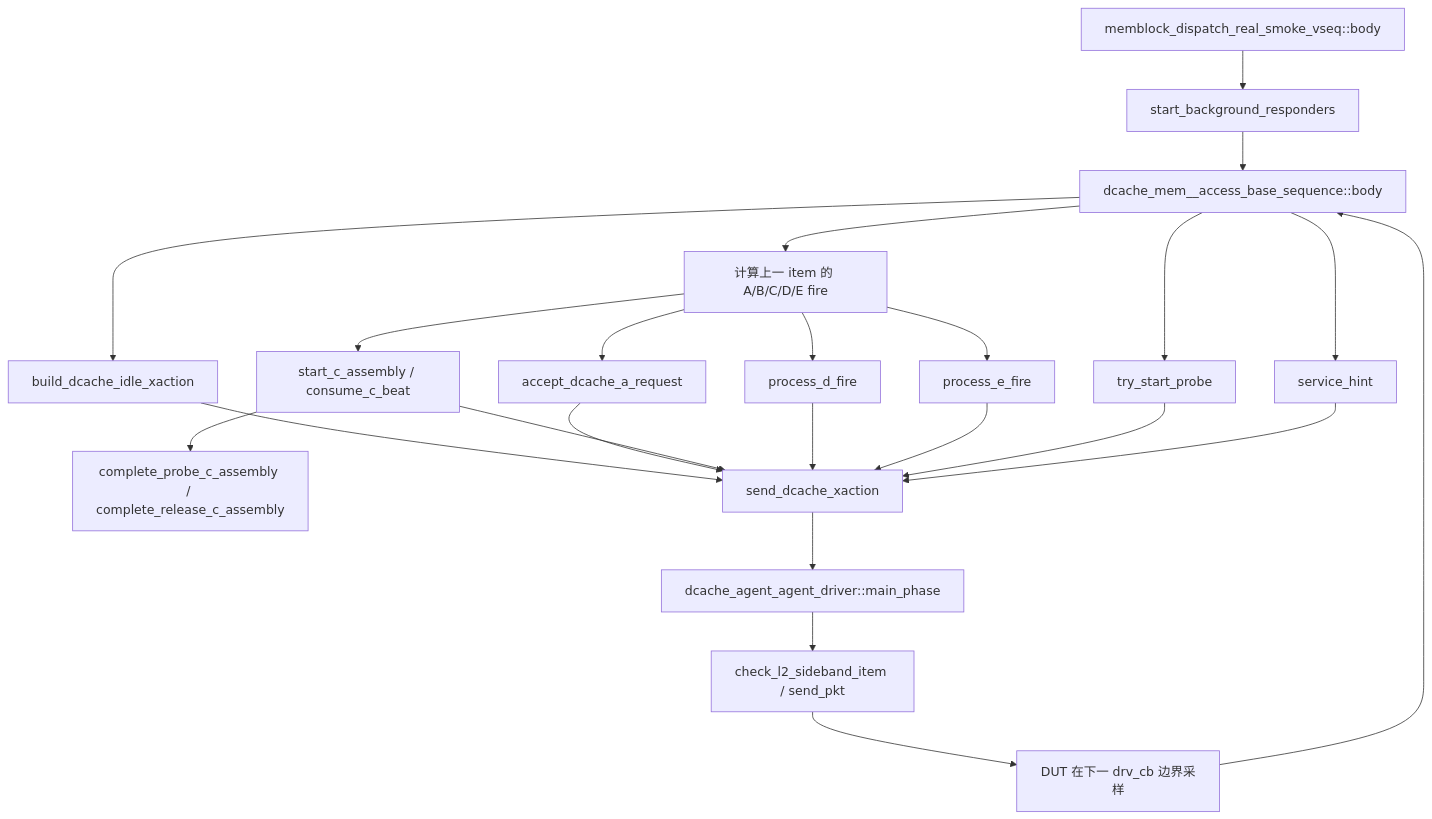
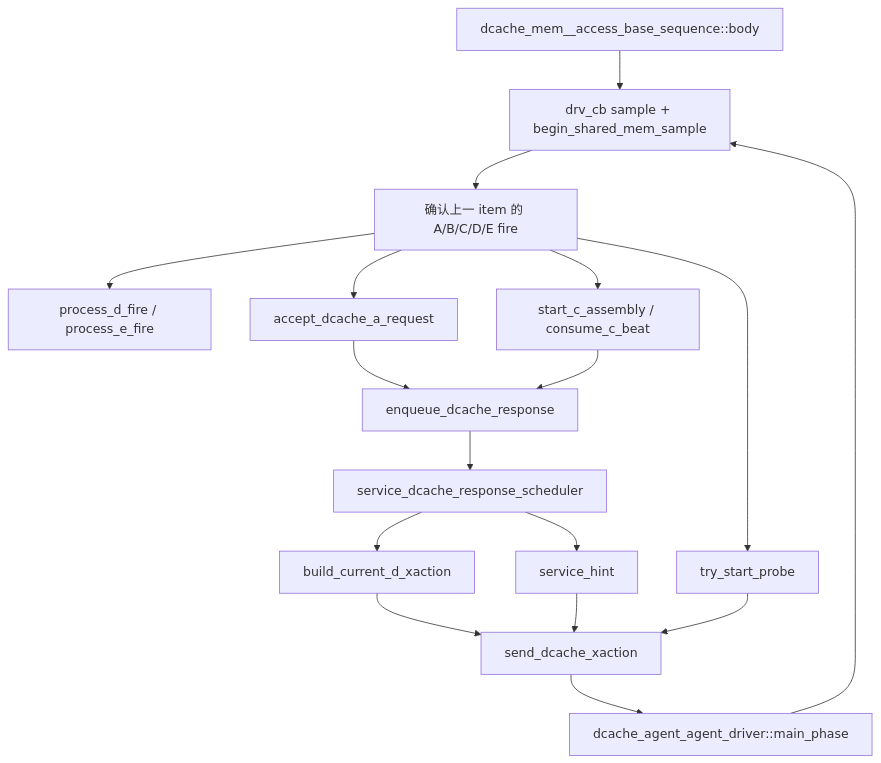
Before and after one commit to OpenXiangShan/XiangShan: the diagram in AI_DOC/mem_ut_flow_doc/dcache_l2_response_hint_probe_model_flow.md, drawn with Mermaid. The commit also changed other lines of this file and 19 other files, not shown here.

Commit message:
mem_ut: implement dcache uncache response delay control

````diff
--- a/AI_DOC/mem_ut_flow_doc/dcache_l2_response_hint_probe_model_flow.md
+++ b/AI_DOC/mem_ut_flow_doc/dcache_l2_response_hint_probe_model_flow.md
@@ -41,25 +25,19 @@
 ```mermaid
 flowchart TD
-    V[memblock_dispatch_real_smoke_vseq::body] --> BG[start_background_responders]
-    BG --> B[dcache_mem__access_base_sequence::body]
-    B --> I[build_dcache_idle_xaction]
-    B --> F[计算上一 item 的 A/B/C/D/E fire]
-    F --> A[accept_dcache_a_request]
-    F --> C[start_c_assembly / consume_c_beat]
-    F --> D[process_d_fire]
-    F --> E[process_e_fire]
-    C --> CC[complete_probe_c_assembly / complete_release_c_assembly]
-    B --> P[try_start_probe]
-    B --> H[service_hint]
-    I --> S[send_dcache_xaction]
-    A --> S
-    C --> S
-    D --> S
-    E --> S
-    P --> S
-    H --> S
-    S --> DRV[dcache_agent_agent_driver::main_phase]
-    DRV --> PKT[check_l2_sideband_item / send_pkt]
-    PKT --> DUT[DUT 在下一 drv_cb 边界采样]
-    DUT --> B
+    A[dcache_mem__access_base_sequence::body] --> B[drv_cb sample + begin_shared_mem_sample]
+    B --> C[确认上一 item 的 A/B/C/D/E fire]
+    C --> D[process_d_fire / process_e_fire]
+    C --> E[start_c_assembly / consume_c_beat]
+    C --> F[accept_dcache_a_request]
+    F --> G[enqueue_dcache_response]
+    E --> G
+    G --> H[service_dcache_response_scheduler]
+    H --> I[build_current_d_xaction]
+    H --> J[service_hint]
+    C --> K[try_start_probe]
+    I --> L[send_dcache_xaction]
+    J --> L
+    K --> L
+    L --> M[dcache_agent_agent_driver::main_phase]
+    M --> B
 ```
````
